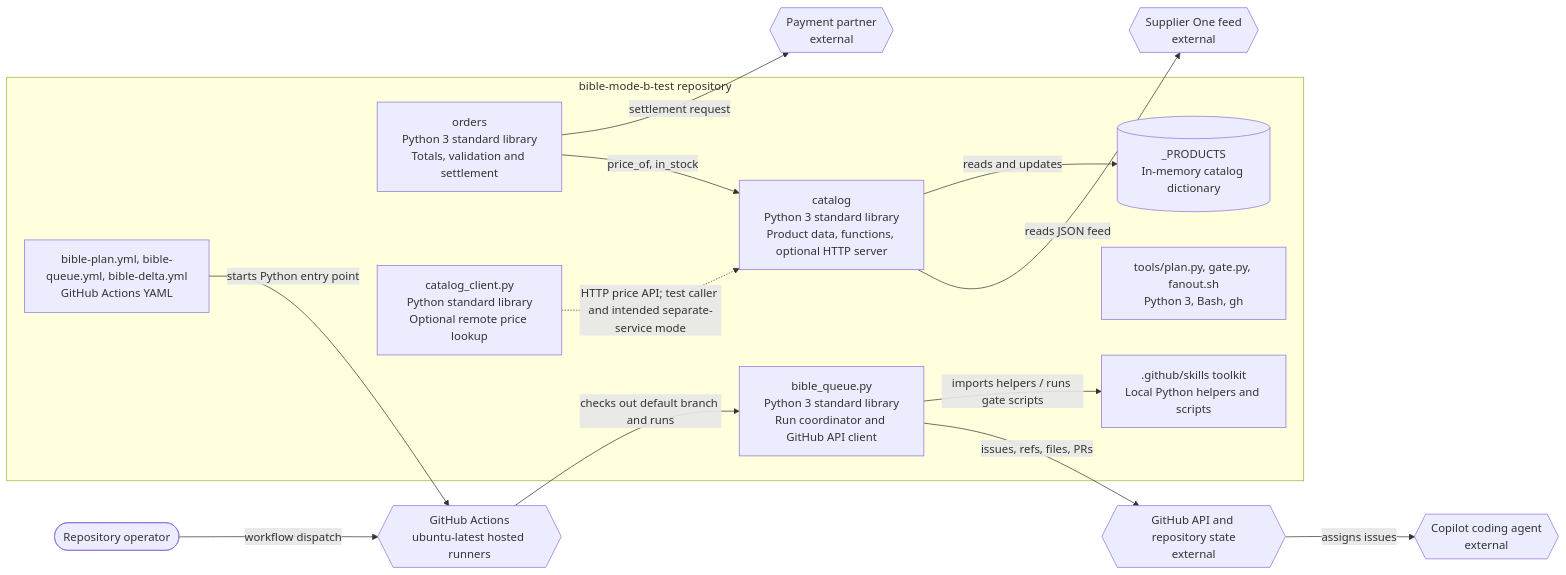
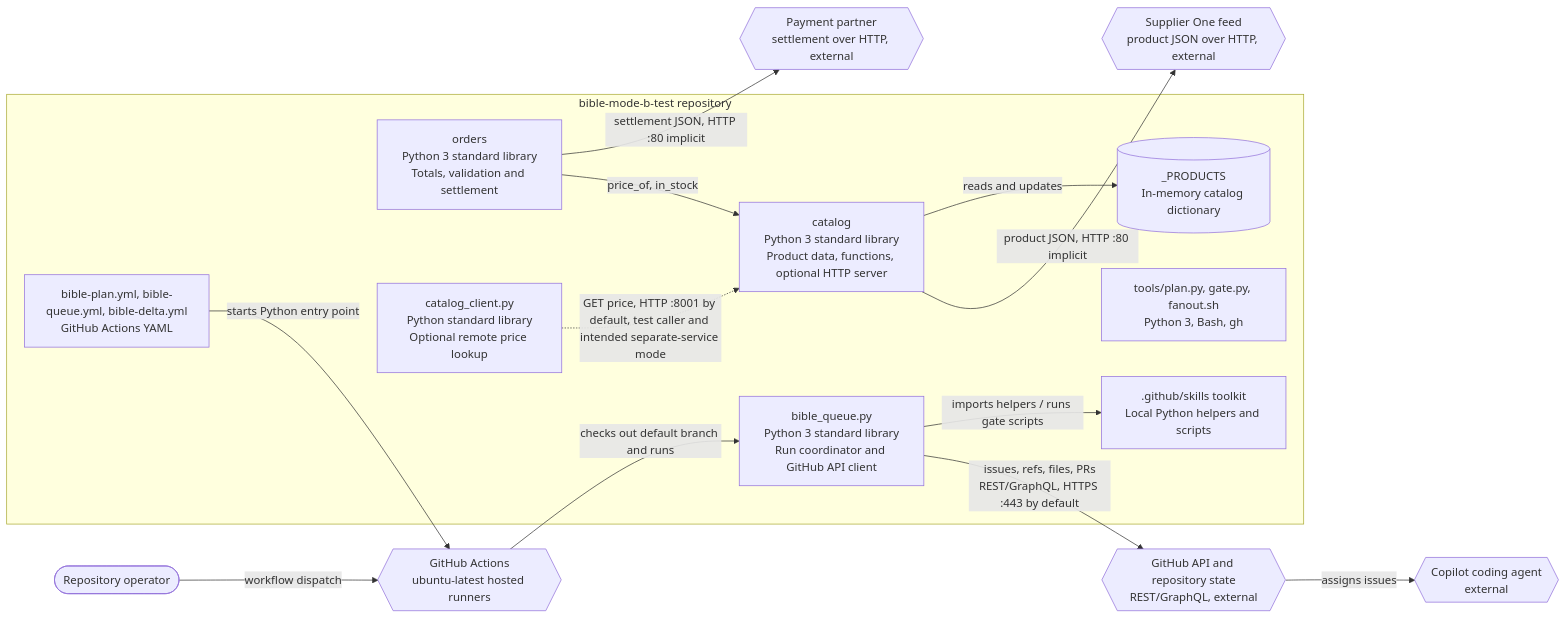
The first of 2 diagrams in codebase-analysis/hld/02-architecture.md (vishalc412/bible-mode-b-test), drawn with Mermaid before and after one commit. The commit also changed other lines of this file and 27 other files, not shown here.

````diff
--- a/codebase-analysis/hld/02-architecture.md
+++ b/codebase-analysis/hld/02-architecture.md
@@ -31,30 +31,30 @@
 ```mermaid
 flowchart LR
   operator(["Repository operator"])
   subgraph repo["bible-mode-b-test repository"]
     catalog["catalog<br/>Python 3 standard library<br/>Product data, functions, optional HTTP server"]
     orders["orders<br/>Python 3 standard library<br/>Totals, validation and settlement"]
     client["catalog_client.py<br/>Python standard library<br/>Optional remote price lookup"]
     workflows["bible-plan.yml, bible-queue.yml, bible-delta.yml<br/>GitHub Actions YAML"]
     queue["bible_queue.py<br/>Python 3 standard library<br/>Run coordinator and GitHub API client"]
     analysiskit[".github/skills toolkit<br/>Local Python helpers and scripts"]
     tools["tools/plan.py, gate.py, fanout.sh<br/>Python 3, Bash, gh"]
     products[("_PRODUCTS<br/>In-memory catalog dictionary")]
   end
   actions{{"GitHub Actions<br/>ubuntu-latest hosted runners"}}
-  github{{"GitHub API and repository state<br/>external"}}
+  github{{"GitHub API and repository state<br/>REST/GraphQL, external"}}
   copilot{{"Copilot coding agent<br/>external"}}
-  supplier{{"Supplier One feed<br/>external"}}
-  payment{{"Payment partner<br/>external"}}
+  supplier{{"Supplier One feed<br/>product JSON over HTTP, external"}}
+  payment{{"Payment partner<br/>settlement over HTTP, external"}}
   operator -->|"workflow dispatch"| actions
   workflows -->|"starts Python entry point"| actions
   actions -->|"checks out default branch and runs"| queue
-  queue -->|"issues, refs, files, PRs"| github
+  queue -->|"issues, refs, files, PRs<br/>REST/GraphQL, HTTPS :443 by default"| github
   github -->|"assigns issues"| copilot
   queue -->|"imports helpers / runs gate scripts"| analysiskit
   orders -->|"price_of, in_stock"| catalog
-  client -.->|"HTTP price API; test caller and intended separate-service mode"| catalog
-  catalog -->|"reads JSON feed"| supplier
-  orders -->|"settlement request"| payment
+  client -.->|"GET price, HTTP :8001 by default, test caller and intended separate-service mode"| catalog
+  catalog -->|"product JSON, HTTP :80 implicit"| supplier
+  orders -->|"settlement JSON, HTTP :80 implicit"| payment
   catalog -->|"reads and updates"| products
 ```
````
